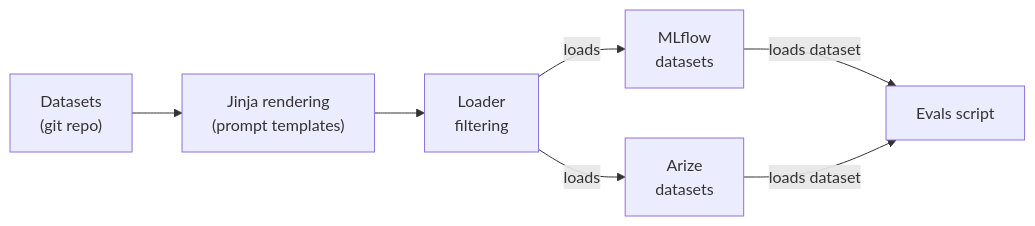
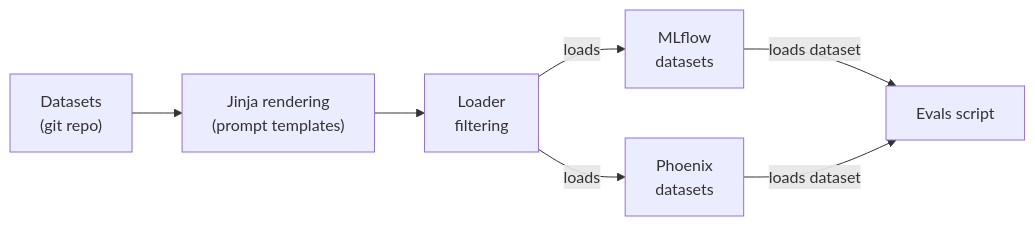
Before and after one commit to codiply/tech-market-researcher: the third of 5 diagrams in documentation/design.md, drawn with Mermaid. The commit also changed other lines of this file and 32 other files, not shown here.

First line of the commit message:
Rename Arize to Phoenix and move storage to .storage

````diff
--- a/documentation/design.md
+++ b/documentation/design.md
@@ -107,16 +107,16 @@
 ```mermaid
 flowchart LR
     repo["Datasets<br/>(git repo)"]
     jinja["Jinja rendering<br/>(prompt templates)"]
     loader["Loader<br/>filtering"]
     mlflow_ds["MLflow<br/>datasets"]
-    arize_ds["Arize<br/>datasets"]
+    phoenix_ds["Phoenix<br/>datasets"]
     evals["Evals script"]
 
     repo --> jinja
     jinja --> loader
     loader -->|loads| mlflow_ds
-    loader -->|loads| arize_ds
+    loader -->|loads| phoenix_ds
     mlflow_ds -->|loads dataset| evals
-    arize_ds -->|loads dataset| evals
+    phoenix_ds -->|loads dataset| evals
 ```
````
